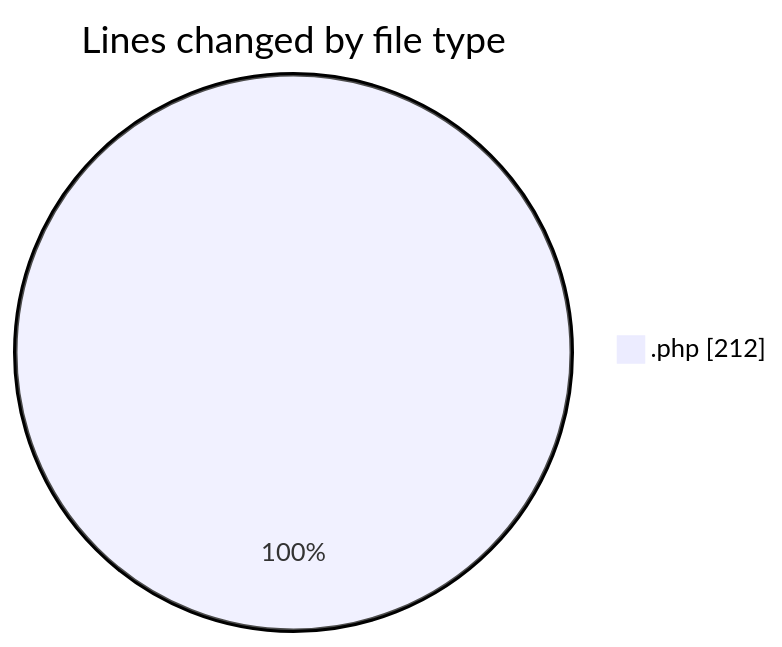
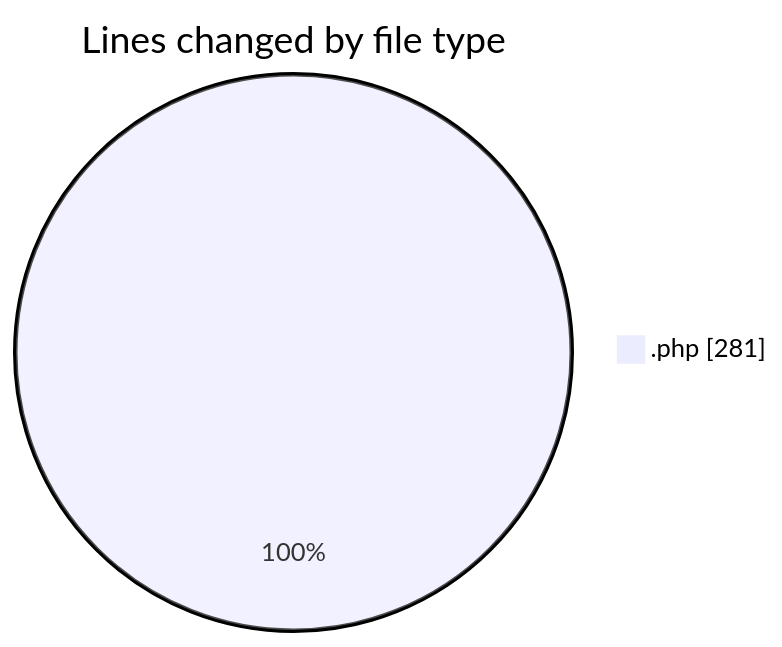
One commit to LanceThiago/code-tracking changed the first of 2 diagrams in 2026-09-15/web/README.md. Above: the diagram before and after it, drawn with Mermaid. The commit also changed other lines of this file and 1 other file, not shown here.

````diff
--- a/2026-09-15/web/README.md
+++ b/2026-09-15/web/README.md
@@ -21,5 +21,5 @@
 ```mermaid
 pie showData
 title Lines changed by file type
-".php" : 212
+".php" : 281
 ```
````
